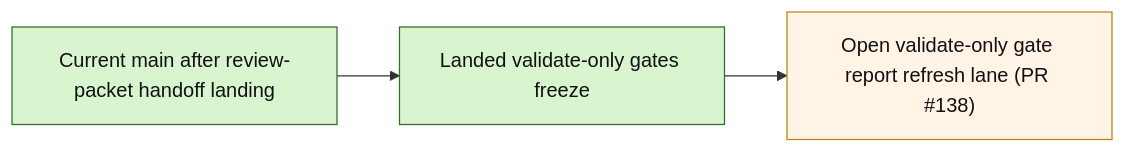
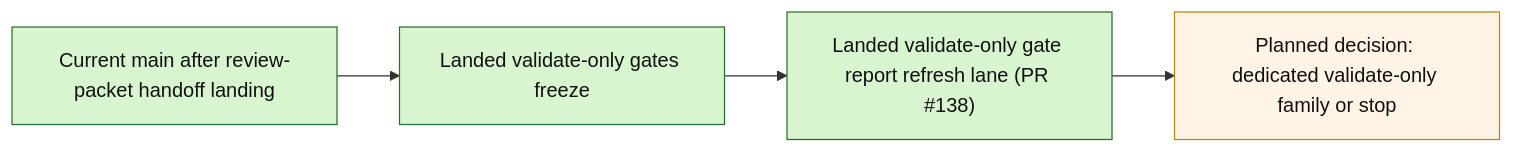
Before and after one commit to benjmcd/project6_REPO_MCP_FOLDER: the second of 2 diagrams in next_milestone_plans/layer3_progress_board.md, drawn with Mermaid. The commit also changed other lines of this file and 8 other files, not shown here.

Commit message:
docs(layer3): sync post-pr138 validate-only state

````diff
--- a/next_milestone_plans/layer3_progress_board.md
+++ b/next_milestone_plans/layer3_progress_board.md
@@ -182,12 +185,13 @@
 ```mermaid
 flowchart LR
     A["Current main after review-packet handoff landing"] --> B["Landed validate-only gates freeze"]
-    B --> C["Open validate-only gate report refresh lane (PR #138)"]
+    B --> C["Landed validate-only gate report refresh lane (PR #138)"]
+    C --> D["Planned decision: dedicated validate-only family or stop"]
 
     classDef done fill:#d8f5d0,stroke:#2f6b2f,color:#111;
     classDef next fill:#fff4e6,stroke:#b8860b,color:#111;
     classDef future fill:#e8e8e8,stroke:#666,color:#111;
 
-    class A,B done;
-    class C next;
+    class A,B,C done;
+    class D next;
 ```
````
